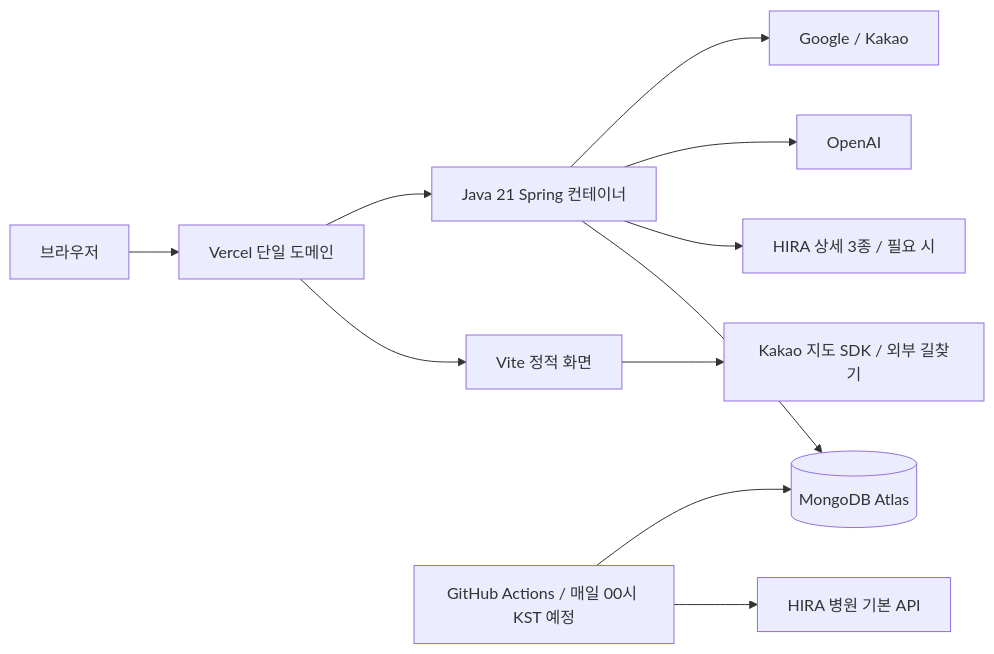
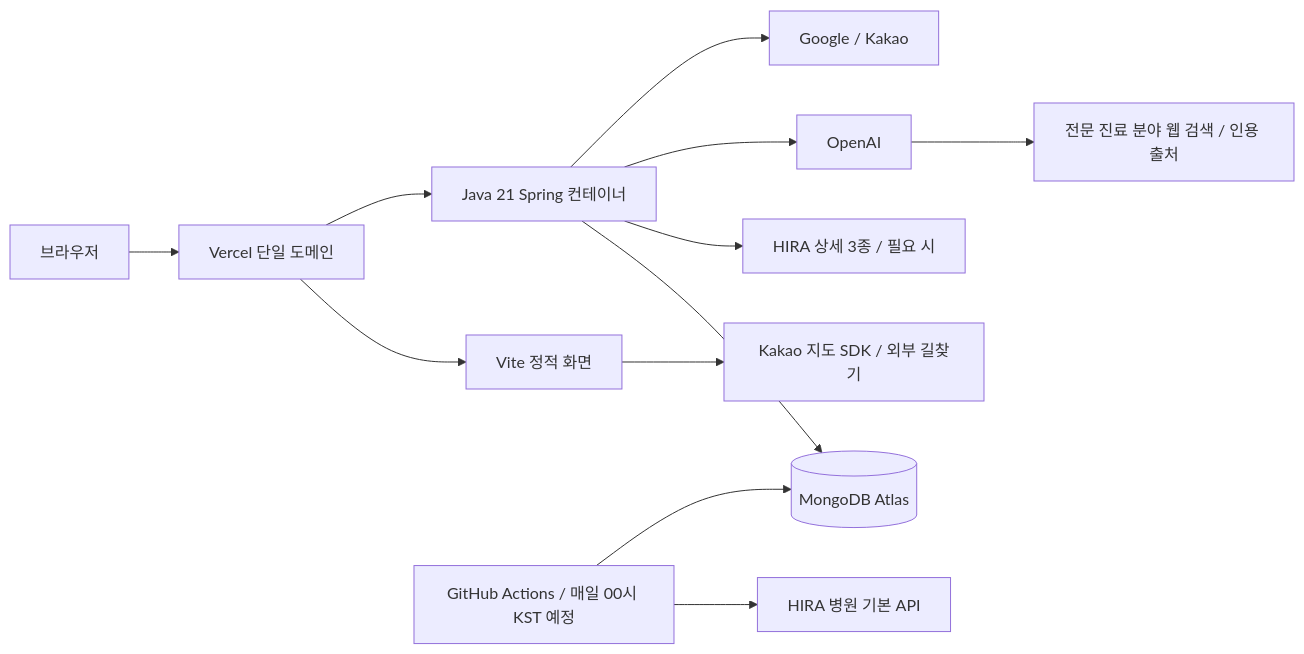
The diagram in docs/architecture.md (DavidPark04/hospital-reservation), drawn with Mermaid before and after one commit. The commit also changed other lines of this file and 28 other files, not shown here.

````diff
--- a/docs/architecture.md
+++ b/docs/architecture.md
@@ -5,13 +5,14 @@
 ```mermaid
 flowchart LR
     Browser[브라우저] --> Vercel[Vercel 단일 도메인]
     Vercel --> FE[Vite 정적 화면]
     Vercel --> BE[Java 21 Spring 컨테이너]
     BE --> DB[(MongoDB Atlas)]
     BE --> Detail[HIRA 상세 3종 / 필요 시]
     Sync[GitHub Actions / 매일 00시 KST 예정] --> Basic[HIRA 병원 기본 API]
     Sync --> DB
     BE --> AI[OpenAI]
+    AI --> Web[전문 진료 분야 웹 검색 / 인용 출처]
     BE --> OAuth[Google / Kakao]
     FE --> Maps[Kakao 지도 SDK / 외부 길찾기]
 ```
````
